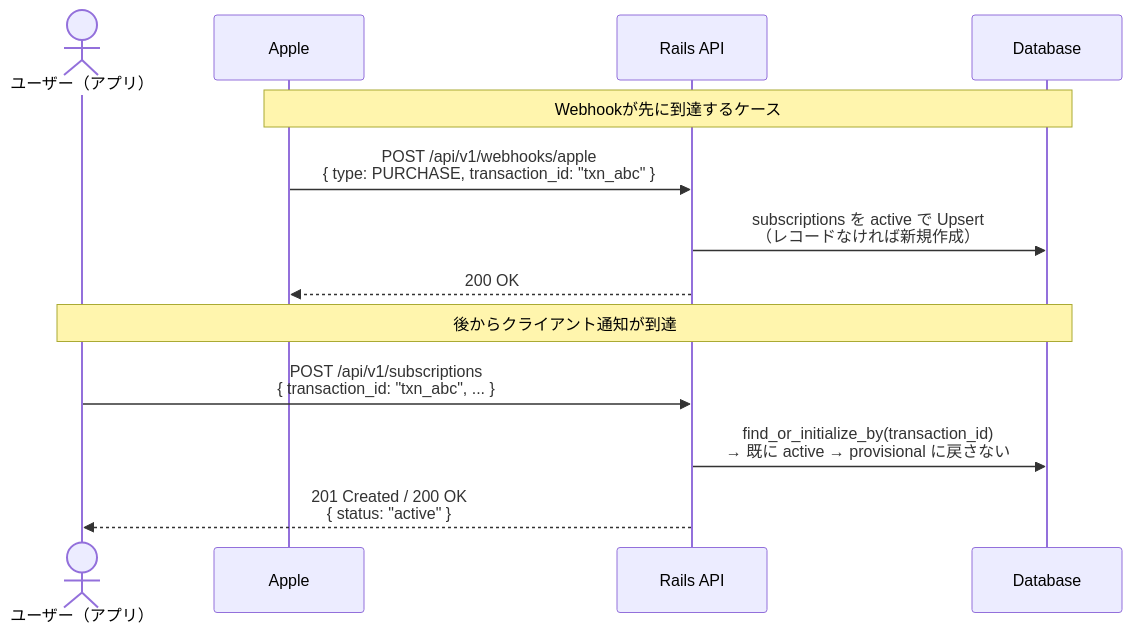
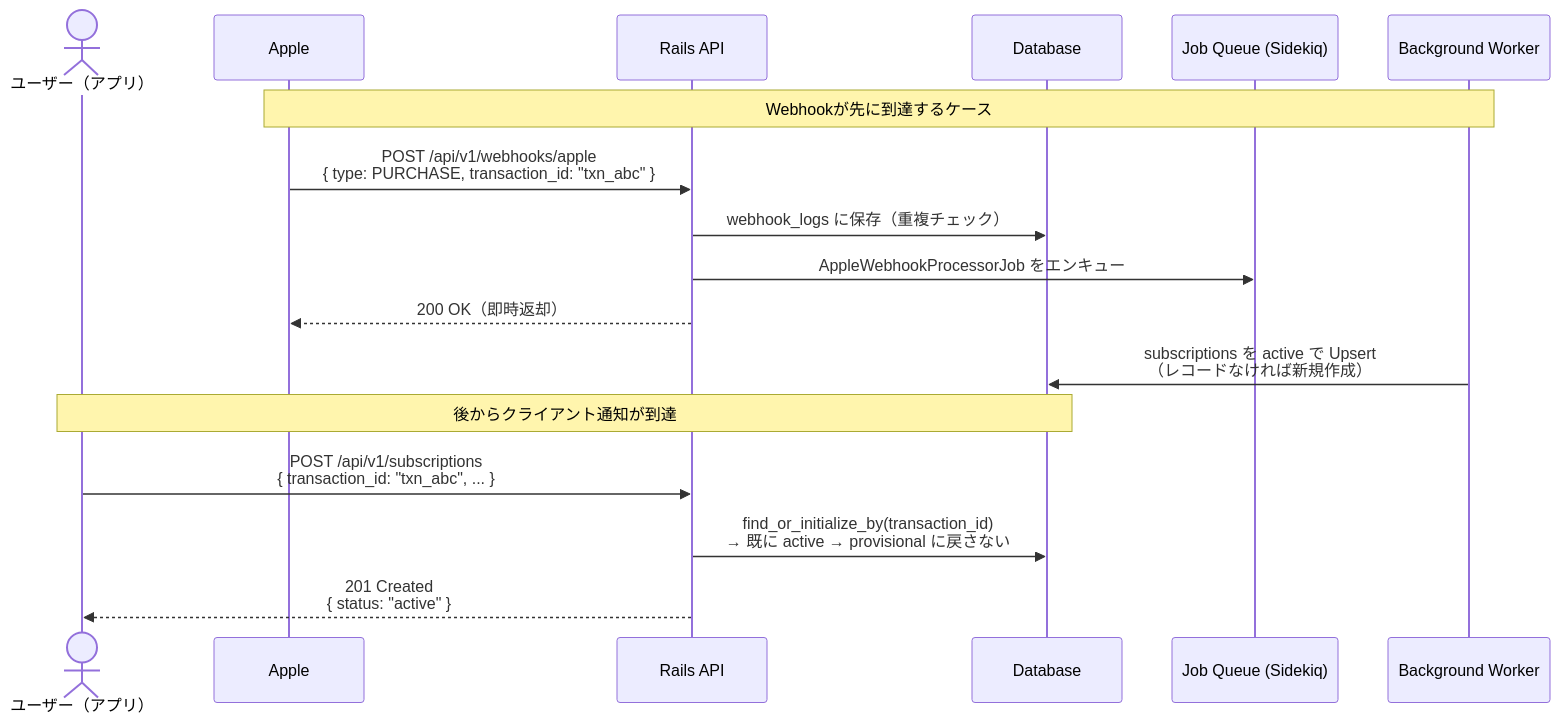
The fourth of 5 diagrams in docs/design.md (s-kawabe/ruby-test-samansa), drawn with Mermaid before and after one commit. The commit also changed other lines of this file, not shown here.

First line of the commit message:
docs: GETエンドポイントの利用シーンを追記、競合ケース図の非同期フロー不整合を修正

````diff
--- a/docs/design.md
+++ b/docs/design.md
@@ -326,19 +336,23 @@
 ```mermaid
 sequenceDiagram
     actor User as ユーザー（アプリ）
     participant Apple as Apple
     participant API as Rails API
     participant DB as Database
+    participant Queue as Job Queue (Sidekiq)
+    participant Worker as Background Worker
 
-    Note over Apple, DB: Webhookが先に到達するケース
+    Note over Apple, Worker: Webhookが先に到達するケース
 
     Apple->>API: POST /api/v1/webhooks/apple<br/>{ type: PURCHASE, transaction_id: "txn_abc" }
-    API->>DB: subscriptions を active で Upsert<br/>（レコードなければ新規作成）
-    API-->>Apple: 200 OK
+    API->>DB: webhook_logs に保存（重複チェック）
+    API->>Queue: AppleWebhookProcessorJob をエンキュー
+    API-->>Apple: 200 OK（即時返却）
+    Worker->>DB: subscriptions を active で Upsert<br/>（レコードなければ新規作成）
 
     Note over User, DB: 後からクライアント通知が到達
 
     User->>API: POST /api/v1/subscriptions<br/>{ transaction_id: "txn_abc", ... }
     API->>DB: find_or_initialize_by(transaction_id)<br/>→ 既に active → provisional に戻さない
-    API-->>User: 201 Created / 200 OK<br/>{ status: "active" }
+    API-->>User: 201 Created<br/>{ status: "active" }
 ```
````
